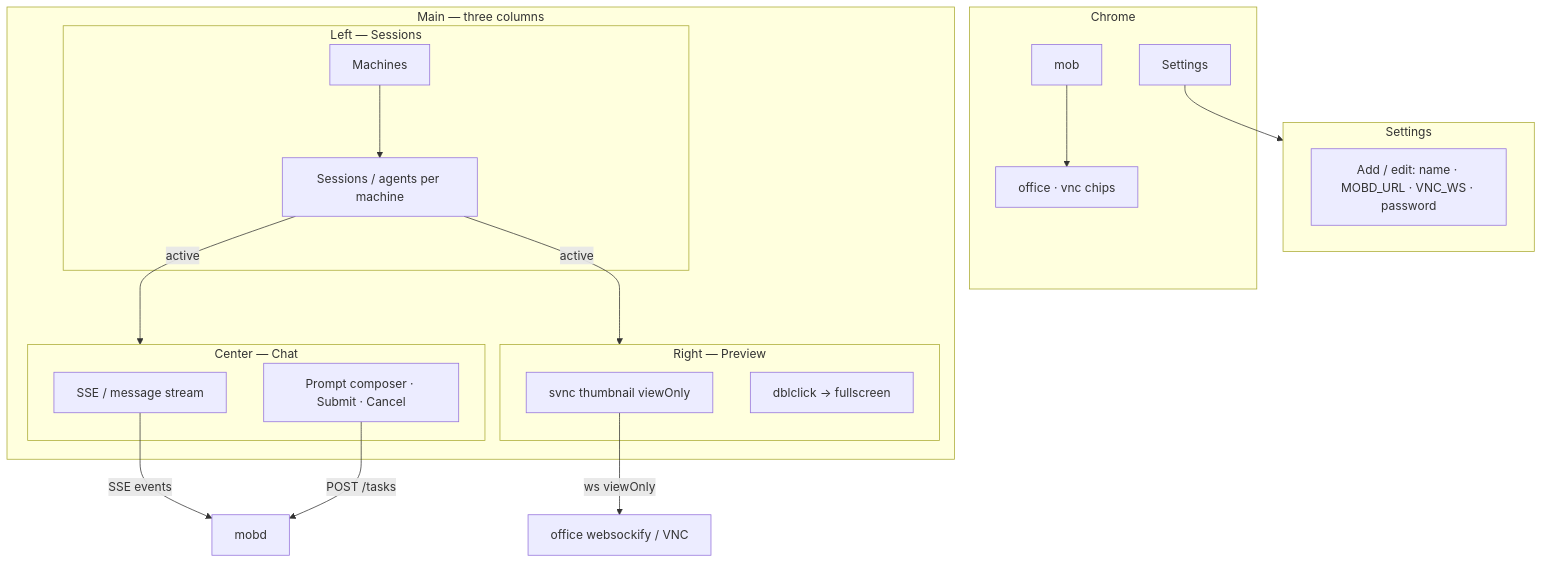
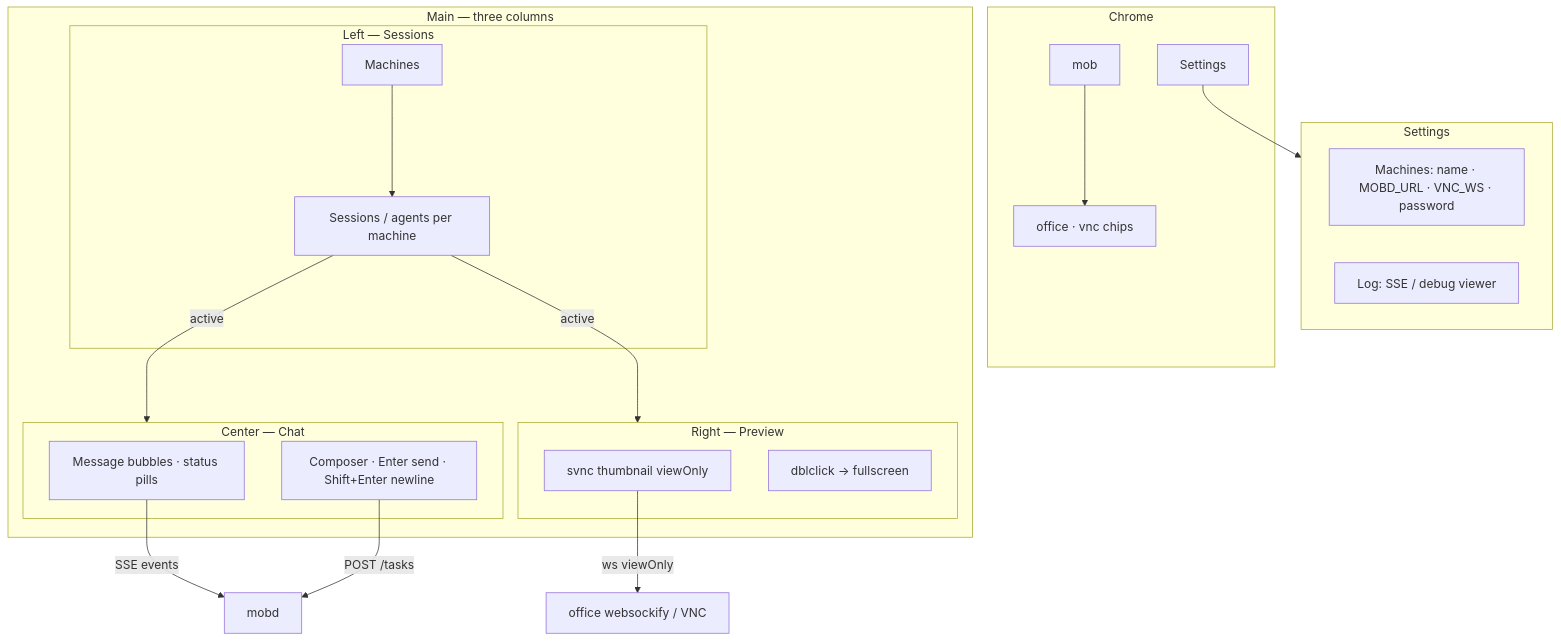
The first of 3 diagrams in docs/apps-mob-ui.md (CooCoode/mob), drawn with Mermaid before and after one commit. The commit also changed other lines of this file and 3 other files, not shown here.

First line of the commit message:
fix(apps/mob): chat bubbles, Settings Log, normalize task list

````diff
--- a/docs/apps-mob-ui.md
+++ b/docs/apps-mob-ui.md
@@ -28,36 +28,37 @@
 ```mermaid
 flowchart TB
   subgraph chrome [Chrome]
     Brand[mob]
     Status[office · vnc chips]
     Gear[Settings]
   end
 
   subgraph main [Main — three columns]
     subgraph left [Left — Sessions]
       Machines[Machines]
       Sessions[Sessions / agents per machine]
     end
     subgraph center [Center — Chat]
-      Stream[SSE / message stream]
-      Composer[Prompt composer · Submit · Cancel]
+      Stream[Message bubbles · status pills]
+      Composer[Composer · Enter send · Shift+Enter newline]
     end
     subgraph right [Right — Preview]
       Thumb[svnc thumbnail viewOnly]
       Expand[dblclick → fullscreen]
     end
   end
 
   subgraph settings [Settings]
-    MachineForm[Add / edit: name · MOBD_URL · VNC_WS · password]
+    MachineForm[Machines: name · MOBD_URL · VNC_WS · password]
+    LogPane[Log: SSE / debug viewer]
   end
 
   Brand --> Status
   Gear --> settings
   Machines --> Sessions
   Sessions -->|active| center
   Sessions -->|active| right
   Composer -->|POST /tasks| Mobd[mobd]
   Stream -->|SSE events| Mobd
   Thumb -->|ws viewOnly| Bridge[office websockify / VNC]
 ```
````
